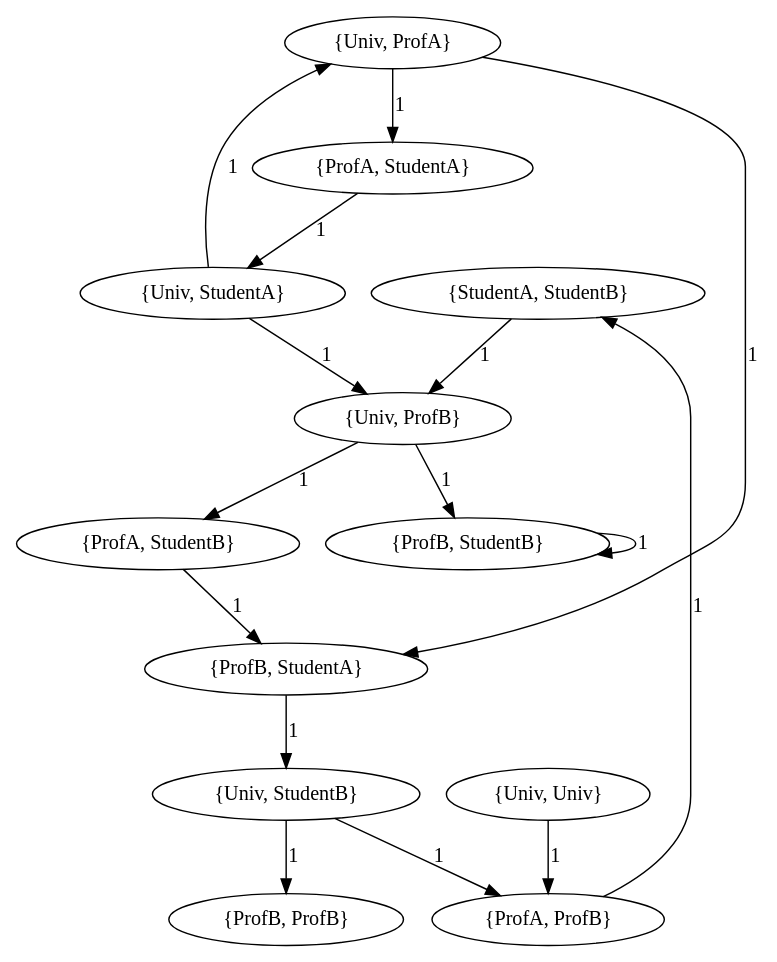
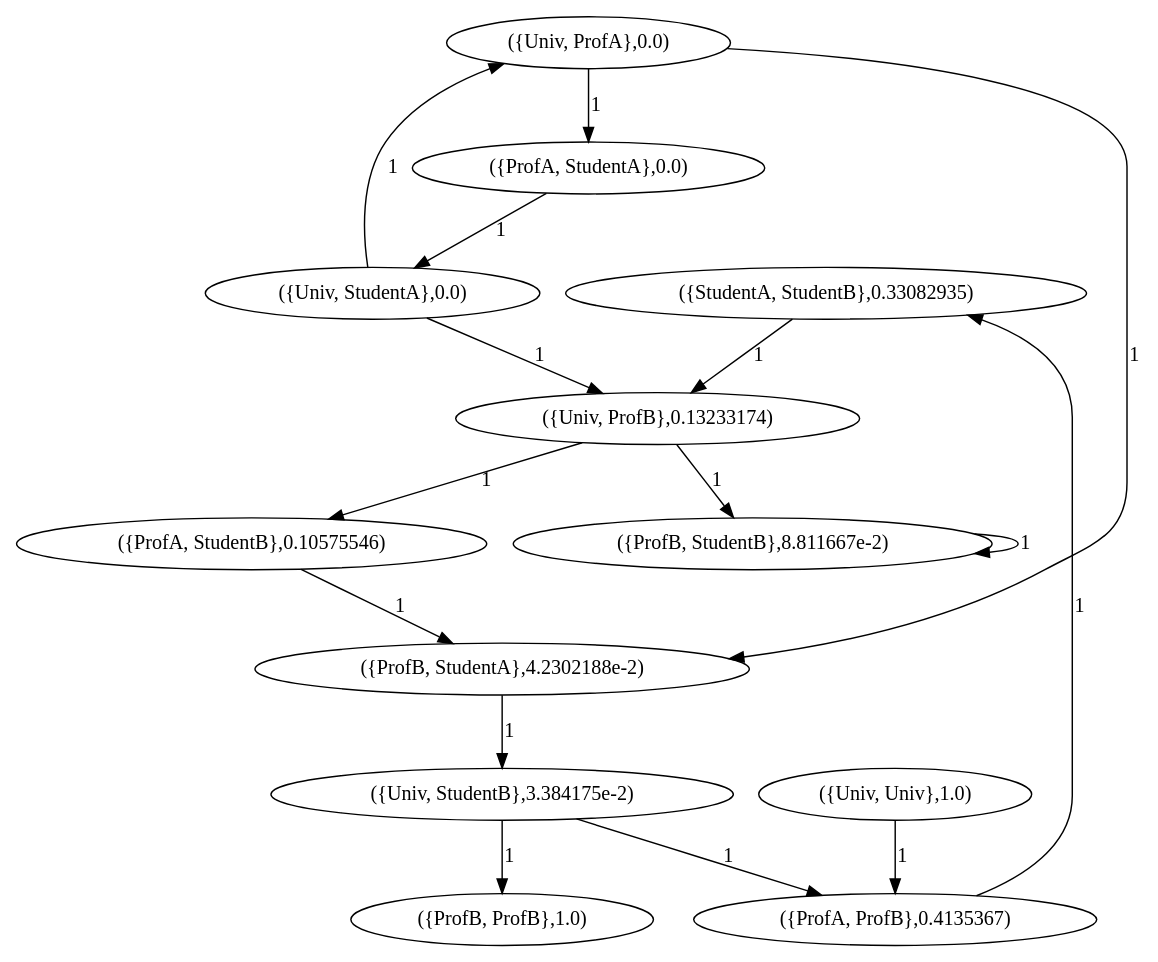
The diagram in part 3 - peter/q4_simrank/gsquared.dot (Thomas-Herrmann/Machine-learning-exam-self-studies), drawn with Graphviz before and after one commit. The commit also changed 3 other files, not shown here.

```diff
--- a/part 3 - peter/q4_simrank/gsquared.dot
+++ b/part 3 - peter/q4_simrank/gsquared.dot
@@ -1,29 +1,29 @@
 digraph G {
 0 -> 8[label="1"];
 1 -> 1[label="1"];
 2 -> 6[label="1"];
 3 -> 2[label="1"];
 4 -> 7[label="1"];
 5 -> 0[label="1"];
+6 -> 5[label="1"];
 6 -> 11[label="1"];
-6 -> 5[label="1"];
+7 -> 9[label="1"];
 7 -> 8[label="1"];
-7 -> 9[label="1"];
+8 -> 3[label="1"];
 8 -> 1[label="1"];
-8 -> 3[label="1"];
+9 -> 4[label="1"];
 9 -> 2[label="1"];
-9 -> 4[label="1"];
 10 -> 5[label="1"];
-0 [label="{StudentA, StudentB}"];
-1 [label="{ProfB, StudentB}"];
-2 [label="{ProfB, StudentA}"];
-3 [label="{ProfA, StudentB}"];
-4 [label="{ProfA, StudentA}"];
-5 [label="{ProfA, ProfB}"];
-6 [label="{Univ, StudentB}"];
-7 [label="{Univ, StudentA}"];
-8 [label="{Univ, ProfB}"];
-9 [label="{Univ, ProfA}"];
-10 [label="{Univ, Univ}"];
-11 [label="{ProfB, ProfB}"];
+0 [label="({StudentA, StudentB},0.33082935)"];
+1 [label="({ProfB, StudentB},8.811667e-2)"];
+2 [label="({ProfB, StudentA},4.2302188e-2)"];
+3 [label="({ProfA, StudentB},0.10575546)"];
+4 [label="({ProfA, StudentA},0.0)"];
+5 [label="({ProfA, ProfB},0.4135367)"];
+6 [label="({Univ, StudentB},3.384175e-2)"];
+7 [label="({Univ, StudentA},0.0)"];
+8 [label="({Univ, ProfB},0.13233174)"];
+9 [label="({Univ, ProfA},0.0)"];
+10 [label="({Univ, Univ},1.0)"];
+11 [label="({ProfB, ProfB},1.0)"];
 }
```
